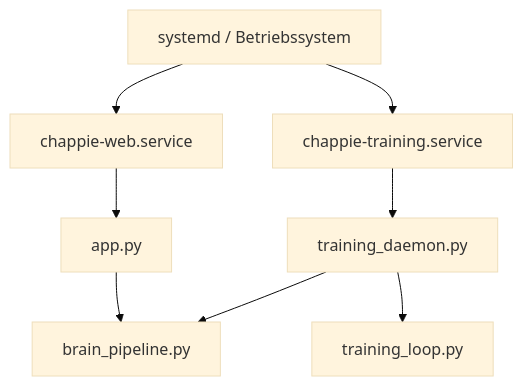
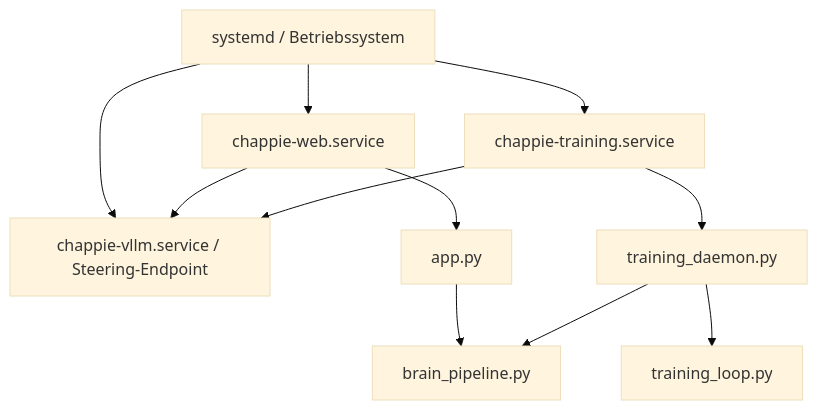
One commit to 017pixel/CHAPPiE changed the diagram in docs/deployment.md. Above: the diagram before and after it, drawn with Mermaid (base theme). The commit also changed other lines of this file and 27 other files, not shown here.

Commit message:
Implement local steering endpoint and docs

````diff
--- a/docs/deployment.md
+++ b/docs/deployment.md
@@ -33,10 +34,13 @@
 ```mermaid
 flowchart TD
+    SYS[systemd / Betriebssystem] --> VLLM[chappie-vllm.service / Steering-Endpoint]
     SYS[systemd / Betriebssystem] --> WEB[chappie-web.service]
     SYS --> TRAIN[chappie-training.service]
+    WEB --> VLLM
+    TRAIN --> VLLM
     WEB --> APP[app.py]
     TRAIN --> TD[training_daemon.py]
     TD --> LOOP[training_loop.py]
     APP --> BP[brain_pipeline.py]
     TD --> BP
 ```
````
